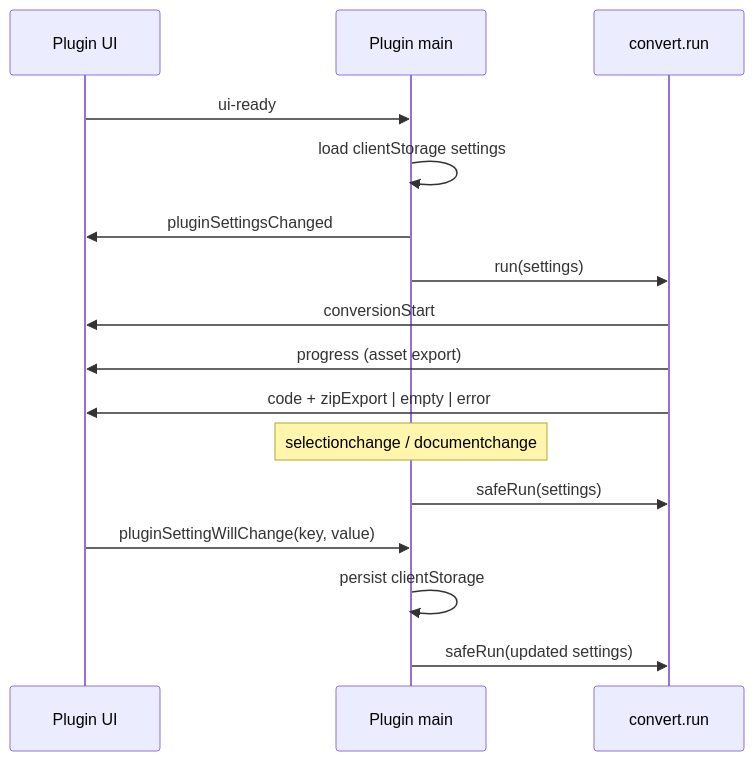
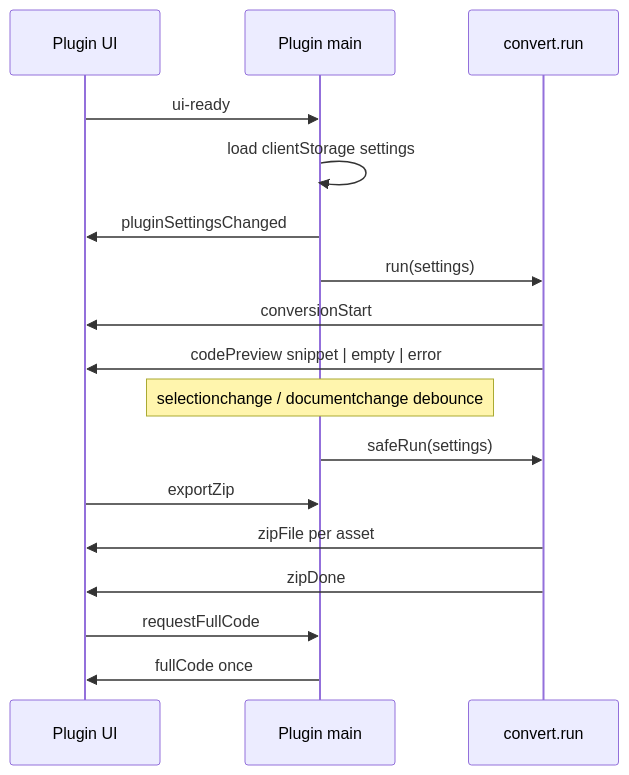
Before and after one commit to CodeByStella/FIGMA2CODE: the sixth of 9 diagrams in docs/logic.md, drawn with Mermaid. The commit also changed other lines of this file and 18 other files, not shown here.

First line of the commit message:
Cut plugin memory while still converting full pages

````diff
--- a/docs/logic.md
+++ b/docs/logic.md
@@ -175,21 +175,23 @@
 ```mermaid
 sequenceDiagram
   participant UI as Plugin UI
   participant Main as Plugin main
   participant Backend as convert.run
 
   UI->>Main: ui-ready
   Main->>Main: load clientStorage settings
   Main->>UI: pluginSettingsChanged
   Main->>Backend: run(settings)
   Backend->>UI: conversionStart
-  Backend->>UI: progress (asset export)
-  Backend->>UI: code + zipExport | empty | error
+  Backend->>UI: codePreview snippet | empty | error
 
-  Note over Main: selectionchange / documentchange
+  Note over Main: selectionchange / documentchange debounce
   Main->>Backend: safeRun(settings)
 
-  UI->>Main: pluginSettingWillChange(key, value)
-  Main->>Main: persist clientStorage
-  Main->>Backend: safeRun(updated settings)
+  UI->>Main: exportZip
+  Backend->>UI: zipFile per asset
+  Backend->>UI: zipDone
+
+  UI->>Main: requestFullCode
+  Main->>UI: fullCode once
 ```
````
